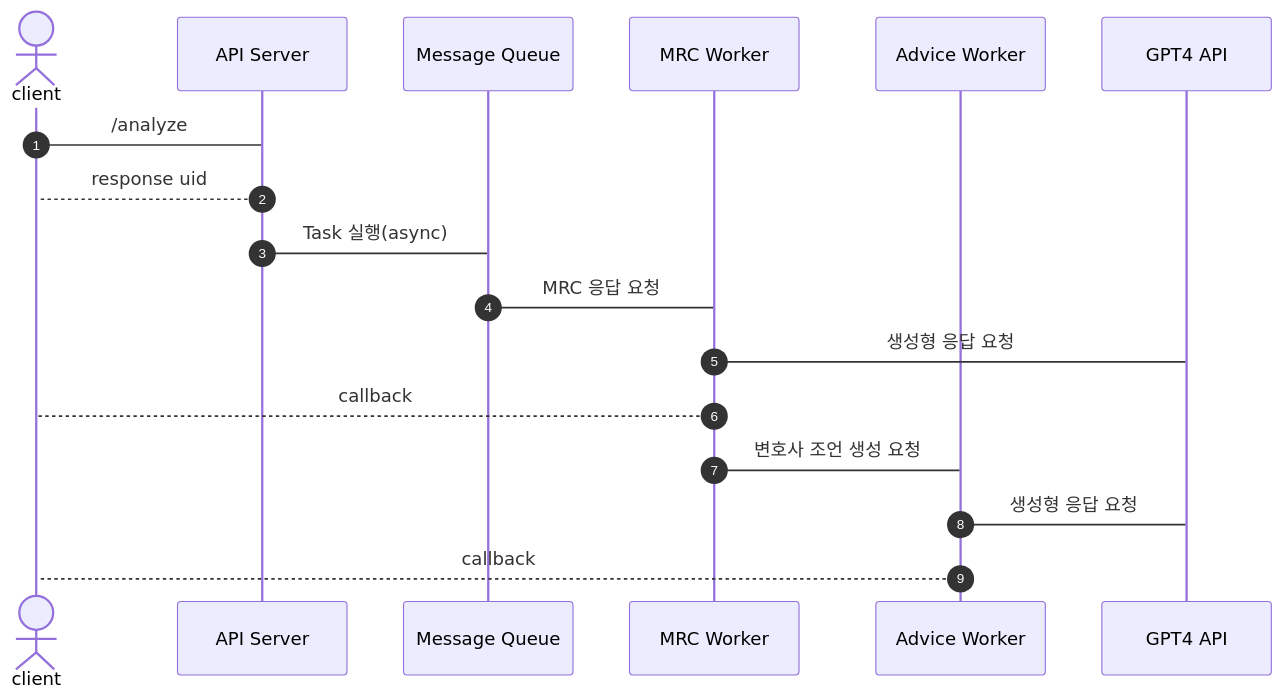
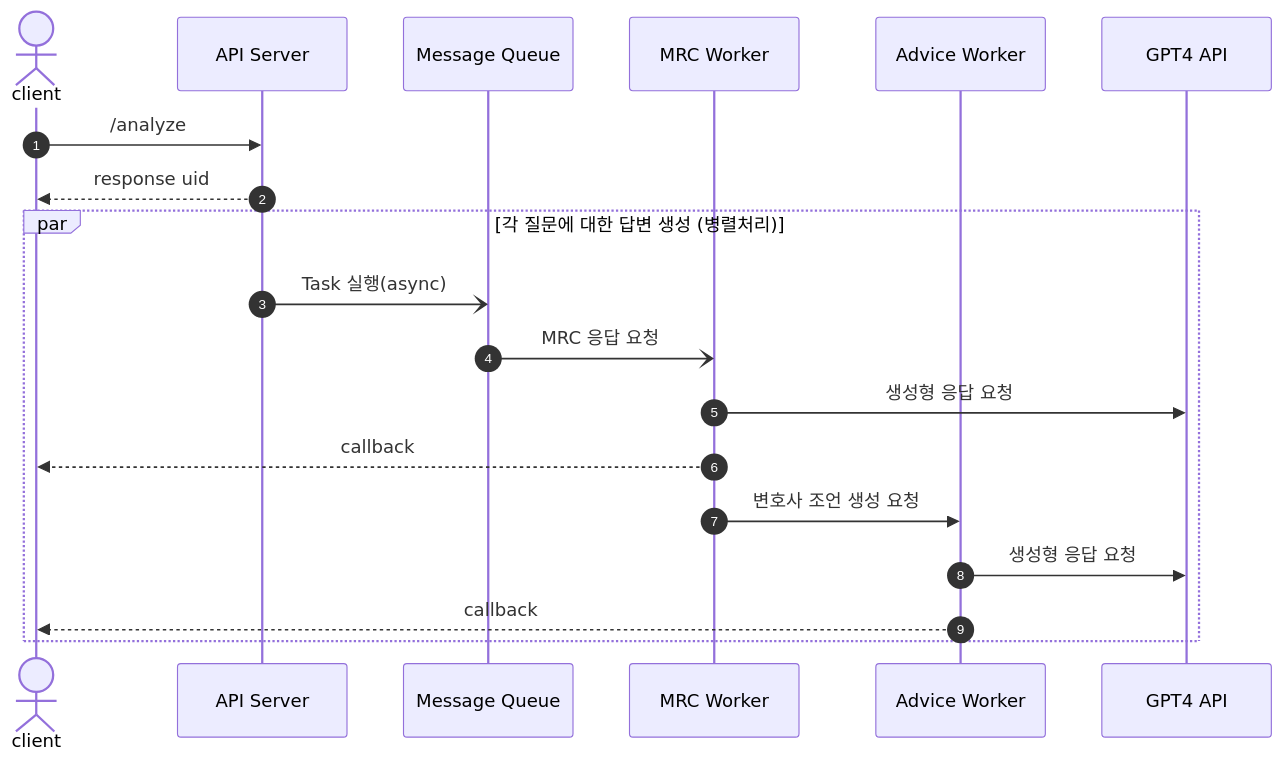
One commit to minju0307/jeongguan_check_system changed the diagram in docs/API.md. Above: the diagram before and after it, drawn with Mermaid.

Commit message:
다이어그램 수정

````diff
--- a/docs/API.md
+++ b/docs/API.md
@@ -11,20 +11,22 @@
 ```mermaid
 sequenceDiagram
 	autonumber
 	actor A as client
   participant API Server
   participant Message Queue
   participant MRC Worker
   participant Advice Worker
   participant GPT4 API
-  A->API Server: /analyze
-  API Server-->A: response uid
-  API Server->Message Queue:Task 실행(async)
-  Message Queue->MRC Worker: MRC 응답 요청
-  MRC Worker->GPT4 API: 생성형 응답 요청
-  MRC Worker-->A: callback
-  MRC Worker->Advice Worker: 변호사 조언 생성 요청
-  Advice Worker->GPT4 API: 생성형 응답 요청
-  Advice Worker-->A: callback
+  A->>API Server: /analyze
+  API Server-->>A: response uid
+  par 각 질문에 대한 답변 생성 (병렬처리)
+    API Server-)Message Queue:Task 실행(async)
+    Message Queue-)MRC Worker: MRC 응답 요청
+    MRC Worker->>GPT4 API: 생성형 응답 요청
+    MRC Worker-->>A: callback
+    MRC Worker->>Advice Worker: 변호사 조언 생성 요청
+    Advice Worker->>GPT4 API: 생성형 응답 요청
+    Advice Worker-->>A: callback
+  end
 
 ```
````
